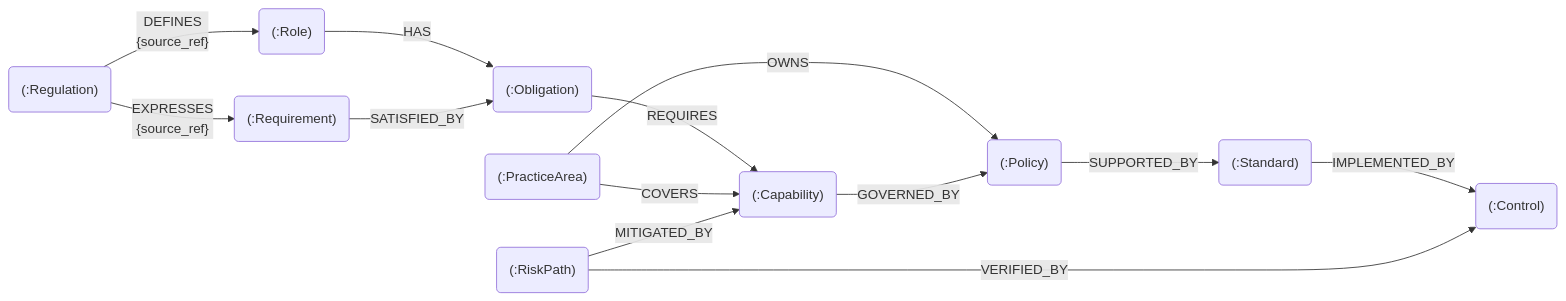
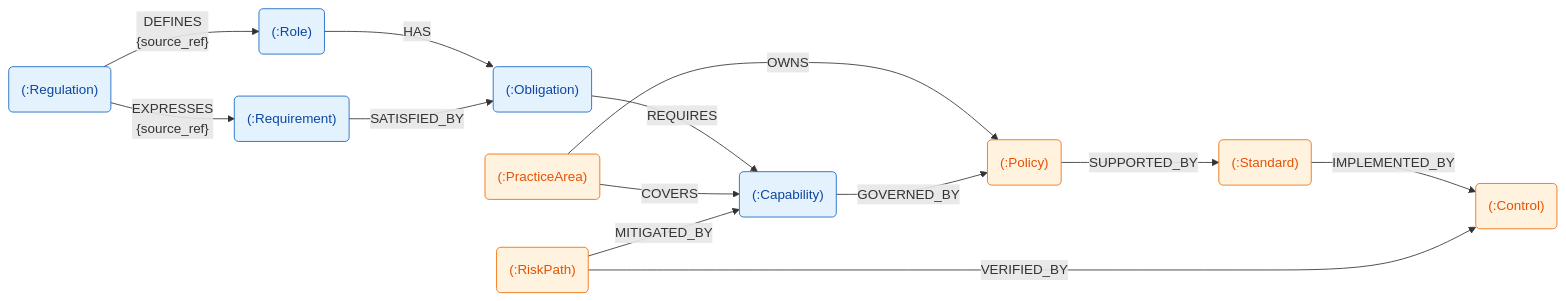
Before and after one commit to mindovermachine-dev/policy-system: the first of 2 diagrams in docs/artifacts/ps-domain-concepts.md, drawn with Mermaid. The commit also changed other lines of this file, not shown here.

````diff
--- a/docs/artifacts/ps-domain-concepts.md
+++ b/docs/artifacts/ps-domain-concepts.md
@@ -41,26 +64,31 @@
 ```mermaid
 graph LR
     Regulation("(:Regulation)")
     Role("(:Role)")
     Requirement("(:Requirement)")
     Obligation("(:Obligation)")
     PracticeArea("(:PracticeArea)")
     RiskPath("(:RiskPath)")
     Capability("(:Capability)")
     Policy("(:Policy)")
     Standard("(:Standard)")
     Control("(:Control)")
 
     Regulation -->|"DEFINES<br/>{source_ref}"| Role
     Regulation -->|"EXPRESSES<br/>{source_ref}"| Requirement
     Role -->|"HAS"| Obligation
     Requirement -->|"SATISFIED_BY"| Obligation
     Obligation -->|"REQUIRES"| Capability
     PracticeArea -->|"COVERS"| Capability
     PracticeArea -->|"OWNS"| Policy
     RiskPath -->|"MITIGATED_BY"| Capability
     Capability -->|"GOVERNED_BY"| Policy
     Policy -->|"SUPPORTED_BY"| Standard
     Standard -->|"IMPLEMENTED_BY"| Control
     RiskPath -->|"VERIFIED_BY"| Control
+
+    classDef regulatory fill:#E3F2FD,stroke:#1565C0,color:#0D47A1
+    classDef governance fill:#FFF3E0,stroke:#EF6C00,color:#E65100
+    class Regulation,Role,Requirement,Obligation,Capability regulatory
+    class Policy,Standard,Control,PracticeArea,RiskPath governance
 ```
````
